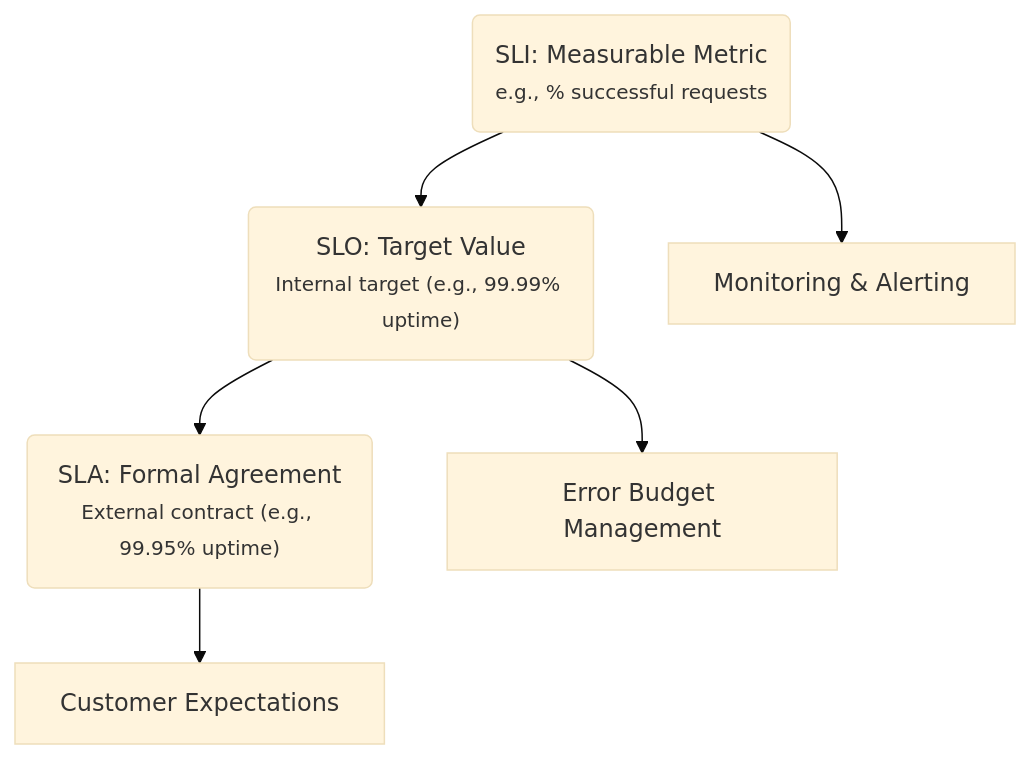
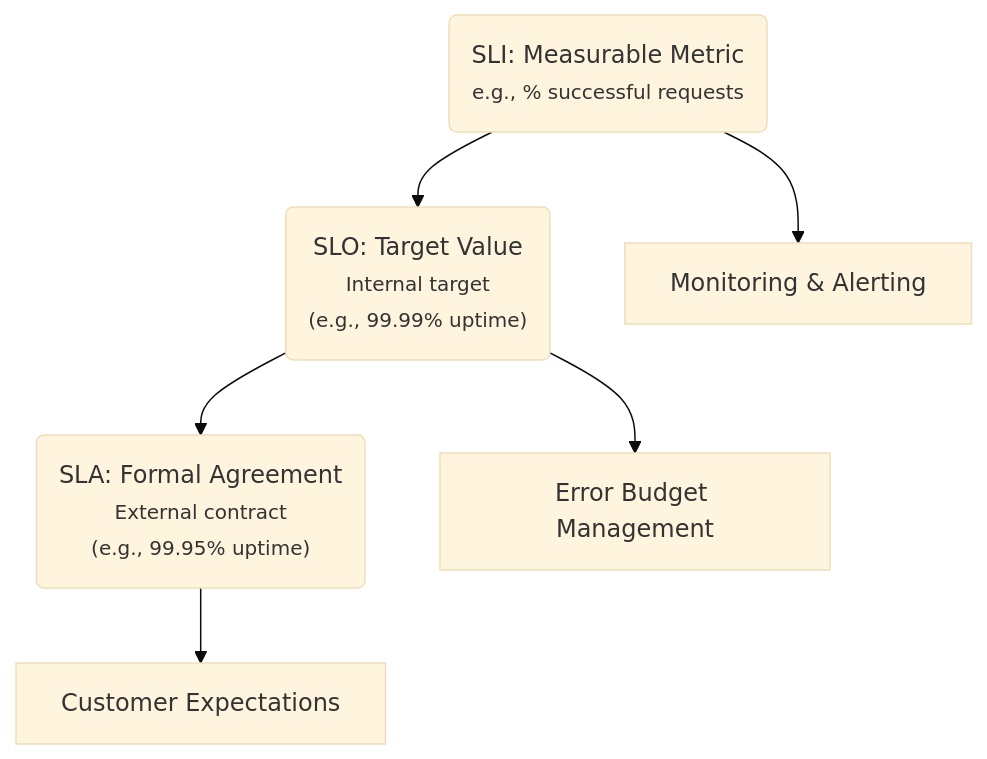
The diagram in docs/classes/reliability/index.md (Insper/platform), drawn with Mermaid (base theme) before and after one commit. The commit also changed 1 other file, not shown here.

Commit message:
new version

````diff
--- a/docs/classes/reliability/index.md
+++ b/docs/classes/reliability/index.md
@@ -61,8 +61,8 @@
 ```mermaid
 flowchart TD
-    A("SLI: Measurable Metric<br><small>e.g., % successful requests</small>") --> B("SLO: Target Value<br><small>Internal target (e.g., 99.99% uptime)</small>")
-    B --> C("SLA: Formal Agreement<br><small>External contract (e.g., 99.95% uptime)</small>")
+    A("SLI: Measurable Metric<br><small>e.g., % successful requests</small>") --> B("SLO: Target Value<br><small>Internal target<br>(e.g., 99.99% uptime)</small>")
+    B --> C("SLA: Formal Agreement<br><small>External contract<br>(e.g., 99.95% uptime)</small>")
     C --> D[Customer Expectations]
     B --> E[Error Budget Management]
     A --> F[Monitoring & Alerting]
 ```
````
